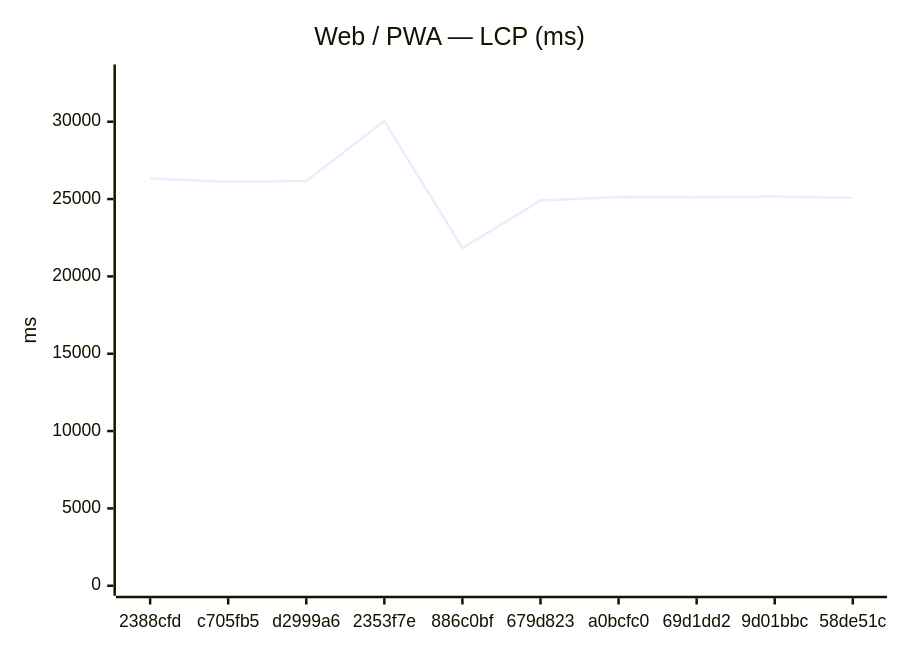
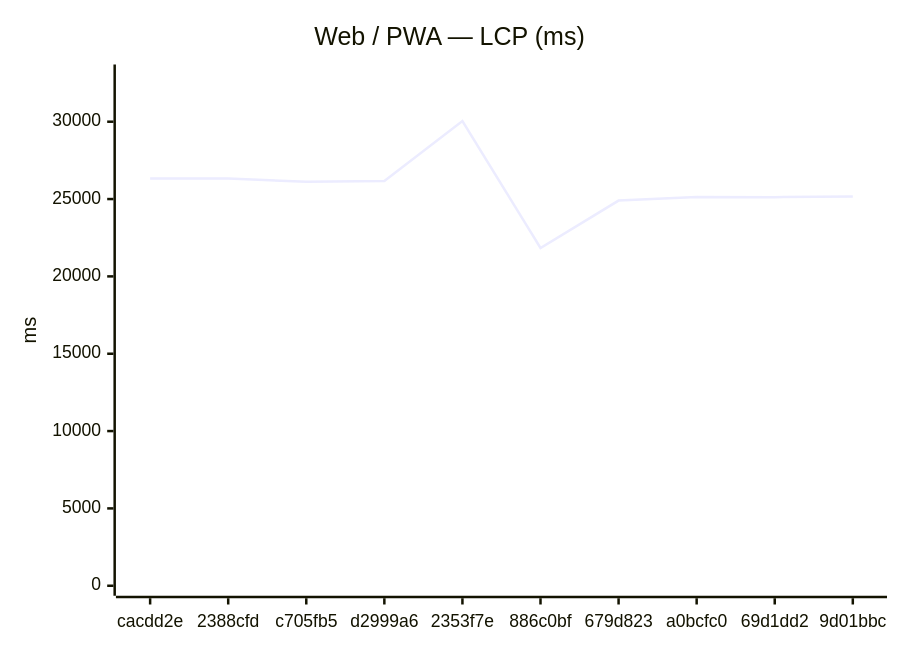
Before and after one commit to Metaheurist/Rianell: the first of 12 diagrams in benchmarks/compare.md, drawn with Mermaid. The commit also changed other lines of this file and 8 other files, not shown here.

````diff
--- a/benchmarks/compare.md
+++ b/benchmarks/compare.md
@@ -24,7 +24,7 @@
 ```mermaid
 xychart-beta
     title "Web / PWA — LCP (ms)"
-    x-axis ["2388cfd", "c705fb5", "d2999a6", "2353f7e", "886c0bf", "679d823", "a0bcfc0", "69d1dd2", "9d01bbc", "58de51c"]
+    x-axis ["cacdd2e", "2388cfd", "c705fb5", "d2999a6", "2353f7e", "886c0bf", "679d823", "a0bcfc0", "69d1dd2", "9d01bbc"]
     y-axis "ms" 0 --> 33052
-    line [26326, 26120, 26164, 30047, 21835, 24900, 25139, 25124, 25162, 25092]
+    line [26327, 26326, 26120, 26164, 30047, 21835, 24900, 25139, 25124, 25162]
 ```
````
